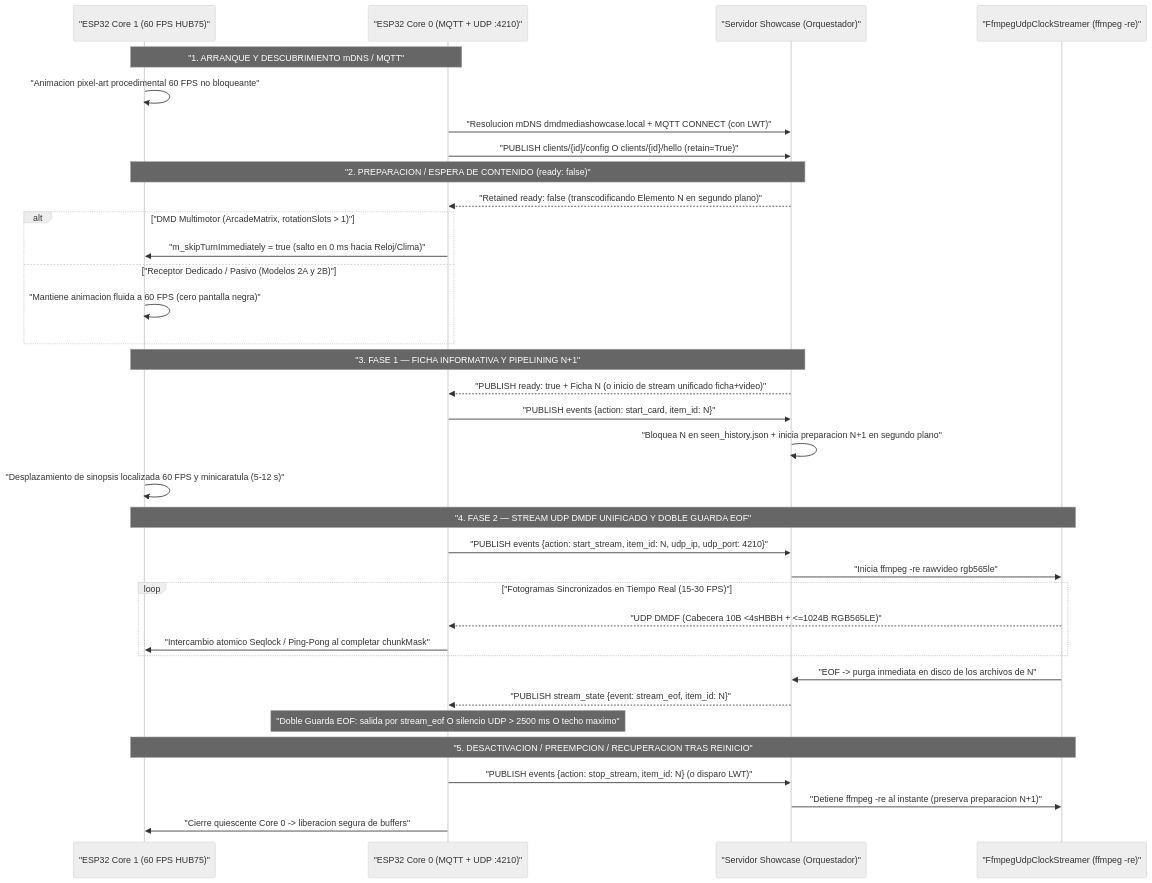
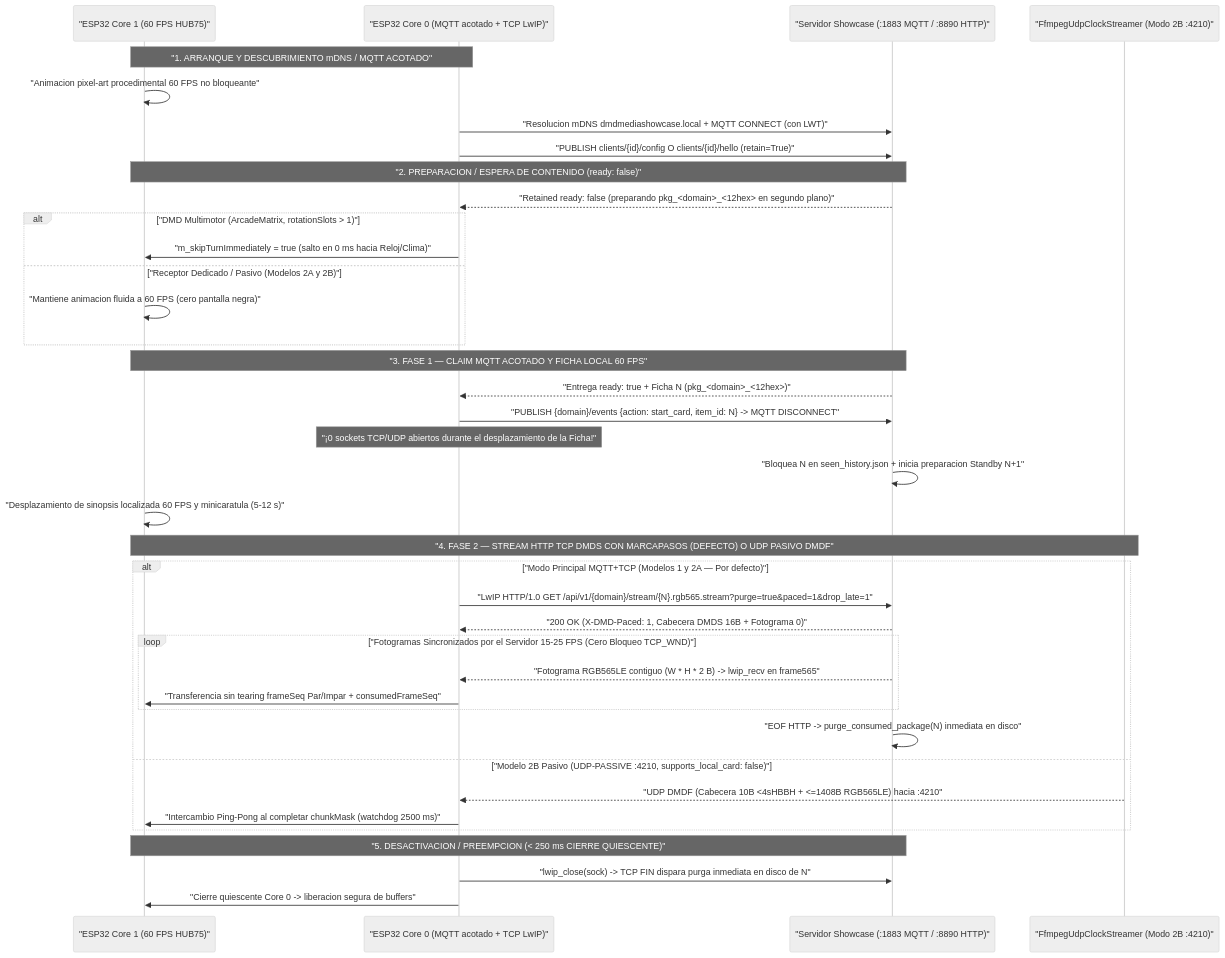
Before and after one commit to red77290/dmd_media_showcase: the first of 2 diagrams in docs/ESP32_INTEGRATION_ES.md, drawn with Mermaid (neutral theme). The commit also changed other lines of this file and 26 other files, not shown here.

First line of the commit message:
feat(stream): align default ESP32 transport on MQTT+TCP DMDS and compact item_id

````diff
--- a/docs/ESP32_INTEGRATION_ES.md
+++ b/docs/ESP32_INTEGRATION_ES.md
@@ -129,42 +142,45 @@
 ```mermaid
 sequenceDiagram
     participant C1 as "ESP32 Core 1 (60 FPS HUB75)"
-    participant C0 as "ESP32 Core 0 (MQTT + UDP :4210)"
-    participant SRV as "Servidor Showcase (Orquestador)"
-    participant FFM as "FfmpegUdpClockStreamer (ffmpeg -re)"
+    participant C0 as "ESP32 Core 0 (MQTT acotado + TCP LwIP)"
+    participant SRV as "Servidor Showcase (:1883 MQTT / :8890 HTTP)"
+    participant UDP as "FfmpegUdpClockStreamer (Modo 2B :4210)"
 
-    Note over C1,C0: "1. ARRANQUE Y DESCUBRIMIENTO mDNS / MQTT"
+    Note over C1,C0: "1. ARRANQUE Y DESCUBRIMIENTO mDNS / MQTT ACOTADO"
     C1->>C1: "Animacion pixel-art procedimental 60 FPS no bloqueante"
     C0->>SRV: "Resolucion mDNS dmdmediashowcase.local + MQTT CONNECT (con LWT)"
     C0->>SRV: "PUBLISH clients/{id}/config O clients/{id}/hello (retain=True)"
 
     Note over C1,SRV: "2. PREPARACION / ESPERA DE CONTENIDO (ready: false)"
-    SRV-->>C0: "Retained ready: false (transcodificando Elemento N en segundo plano)"
+    SRV-->>C0: "Retained ready: false (preparando pkg_<domain>_<12hex> en segundo plano)"
     alt "DMD Multimotor (ArcadeMatrix, rotationSlots > 1)"
         C0->>C1: "m_skipTurnImmediately = true (salto en 0 ms hacia Reloj/Clima)"
     else "Receptor Dedicado / Pasivo (Modelos 2A y 2B)"
         C1->>C1: "Mantiene animacion fluida a 60 FPS (cero pantalla negra)"
     end
 
-    Note over C1,SRV: "3. FASE 1 — FICHA INFORMATIVA Y PIPELINING N+1"
-    SRV-->>C0: "PUBLISH ready: true + Ficha N (o inicio de stream unificado ficha+video)"
-    C0->>SRV: "PUBLISH events {action: start_card, item_id: N}"
-    SRV->>SRV: "Bloquea N en seen_history.json + inicia preparacion N+1 en segundo plano"
+    Note over C1,SRV: "3. FASE 1 — CLAIM MQTT ACOTADO Y FICHA LOCAL 60 FPS"
+    SRV-->>C0: "Entrega ready: true + Ficha N (pkg_<domain>_<12hex>)"
+    C0->>SRV: "PUBLISH {domain}/events {action: start_card, item_id: N} -> MQTT DISCONNECT"
+    Note over C0: "¡0 sockets TCP/UDP abiertos durante el desplazamiento de la Ficha!"
+    SRV->>SRV: "Bloquea N en seen_history.json + inicia preparacion Standby N+1"
     C1->>C1: "Desplazamiento de sinopsis localizada 60 FPS y minicaratula (5-12 s)"
 
-    Note over C1,FFM: "4. FASE 2 — STREAM UDP DMDF UNIFICADO Y DOBLE GUARDA EOF"
-    C0->>SRV: "PUBLISH events {action: start_stream, item_id: N, udp_ip, udp_port: 4210}"
-    SRV->>FFM: "Inicia ffmpeg -re rawvideo rgb565le"
-    loop "Fotogramas Sincronizados en Tiempo Real (15-30 FPS)"
-        FFM-->>C0: "UDP DMDF (Cabecera 10B <4sHBBH + <=1024B RGB565LE)"
-        C0->>C1: "Intercambio atomico Seqlock / Ping-Pong al completar chunkMask"
+    Note over C1,UDP: "4. FASE 2 — STREAM HTTP TCP DMDS CON MARCAPASOS (DEFECTO) O UDP PASIVO DMDF"
+    alt "Modo Principal MQTT+TCP (Modelos 1 y 2A — Por defecto)"
+        C0->>SRV: "LwIP HTTP/1.0 GET /api/v1/{domain}/stream/{N}.rgb565.stream?purge=true&paced=1&drop_late=1"
+        SRV-->>C0: "200 OK (X-DMD-Paced: 1, Cabecera DMDS 16B + Fotograma 0)"
+        loop "Fotogramas Sincronizados por el Servidor 15-25 FPS (Cero Bloqueo TCP_WND)"
+            SRV-->>C0: "Fotograma RGB565LE contiguo (W * H * 2 B) -> lwip_recv en frame565"
+            C0->>C1: "Transferencia sin tearing frameSeq Par/Impar + consumedFrameSeq"
+        end
+        SRV->>SRV: "EOF HTTP -> purge_consumed_package(N) inmediata en disco"
+    else "Modelo 2B Pasivo (UDP-PASSIVE :4210, supports_local_card: false)"
+        UDP-->>C0: "UDP DMDF (Cabecera 10B <4sHBBH + <=1408B RGB565LE) hacia :4210"
+        C0->>C1: "Intercambio Ping-Pong al completar chunkMask (watchdog 2500 ms)"
     end
-    FFM->>SRV: "EOF -> purga inmediata en disco de los archivos de N"
-    SRV-->>C0: "PUBLISH stream_state {event: stream_eof, item_id: N}"
-    Note over C0: "Doble Guarda EOF: salida por stream_eof O silencio UDP > 2500 ms O techo maximo"
 
-    Note over C1,FFM: "5. DESACTIVACION / PREEMPCION / RECUPERACION TRAS REINICIO"
-    C0->>SRV: "PUBLISH events {action: stop_stream, item_id: N} (o disparo LWT)"
-    SRV->>FFM: "Detiene ffmpeg -re al instante (preserva preparacion N+1)"
+    Note over C1,SRV: "5. DESACTIVACION / PREEMPCION (< 250 ms CIERRE QUIESCENTE)"
+    C0->>SRV: "lwip_close(sock) -> TCP FIN dispara purga inmediata en disco de N"
     C0->>C1: "Cierre quiescente Core 0 -> liberacion segura de buffers"
 ```
````
